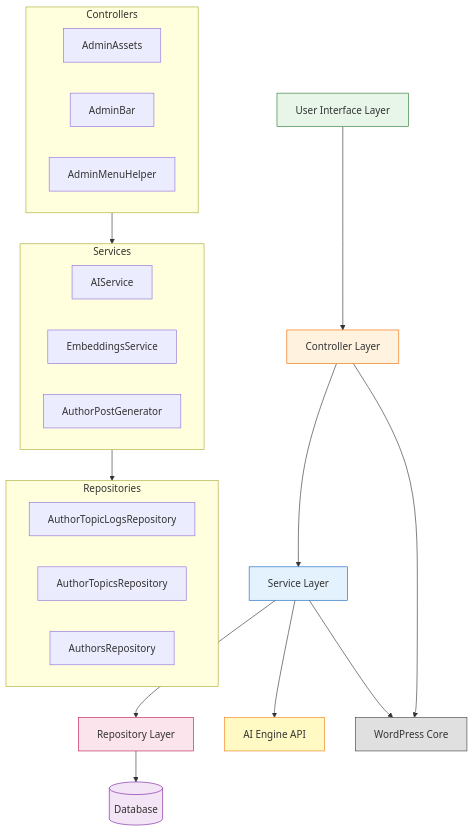
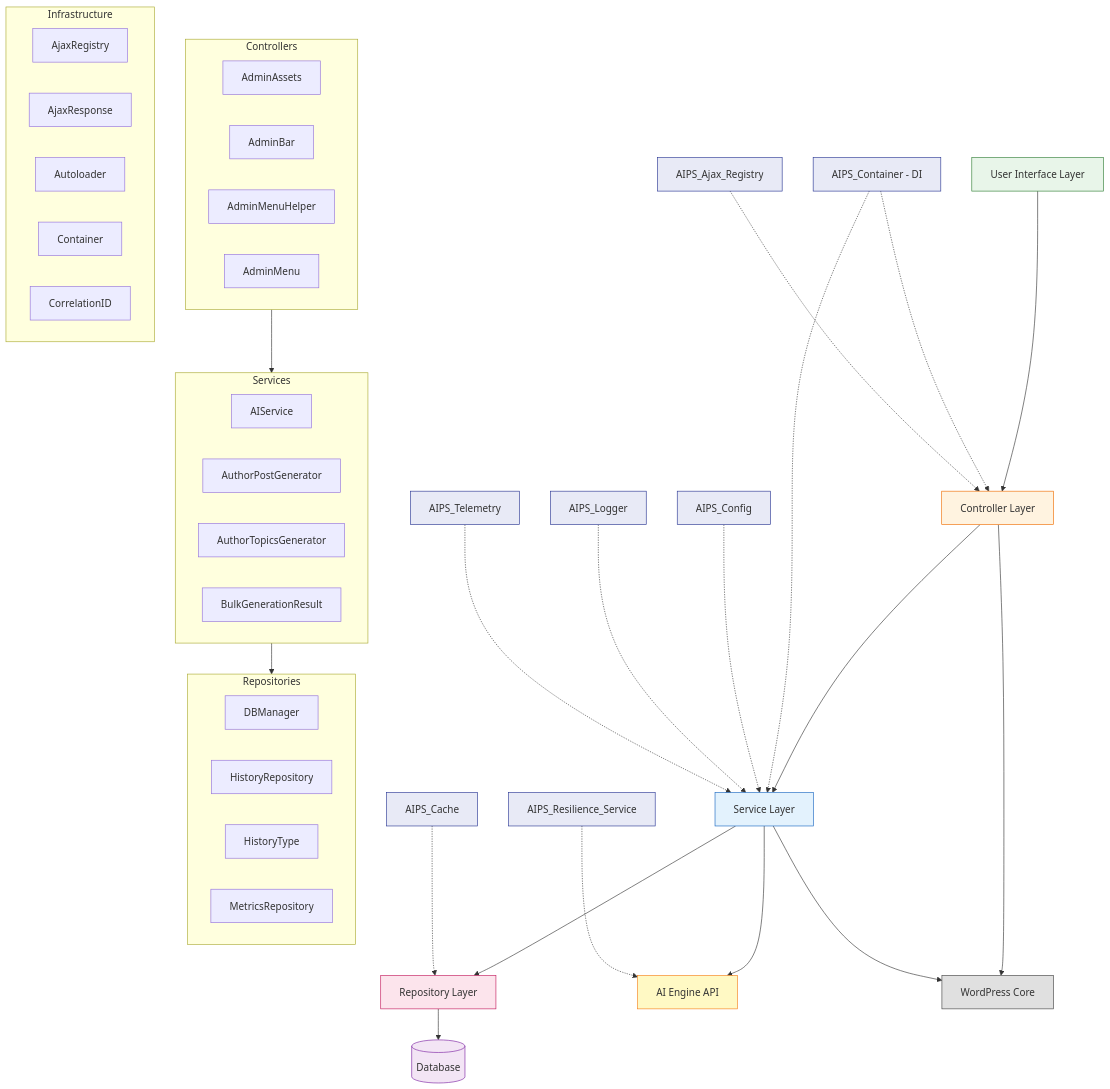
One commit to rpnunez/wp-ai-scheduler changed the first of 19 diagrams in docs/feature-report.md. Above: the diagram before and after it, drawn with Mermaid. The commit also changed other lines of this file and 2 other files, not shown here.

First line of the commit message:
Restrict config_usage check to plugin-owned option keys and exclude method calls

````diff
--- a/docs/feature-report.md
+++ b/docs/feature-report.md
@@ -45,6 +58,14 @@
     AI[AI Engine API]
     WP[WordPress Core]
 
+    CONT[AIPS_Container - DI]
+    CFG[AIPS_Config]
+    CACHE[AIPS_Cache]
+    REG[AIPS_Ajax_Registry]
+    LOG[AIPS_Logger]
+    TEL[AIPS_Telemetry]
+    RES[AIPS_Resilience_Service]
+
     UI --> CTRL
     CTRL --> SVC
     SVC --> REPO
@@ -53,22 +74,42 @@
     CTRL --> WP
     SVC --> WP
 
+    CONT -.-> CTRL
+    CONT -.-> SVC
+    REG -.-> CTRL
+    CFG -.-> SVC
+    CACHE -.-> REPO
+    LOG -.-> SVC
+    TEL -.-> SVC
+    RES -.-> AI
+
     subgraph Controllers
         AdminAssets
         AdminBar
         AdminMenuHelper
+        AdminMenu
     end
 
     subgraph Services
         AIService
-        EmbeddingsService
         AuthorPostGenerator
+        AuthorTopicsGenerator
+        BulkGenerationResult
     end
 
     subgraph Repositories
-        AuthorTopicLogsRepository
-        AuthorTopicsRepository
-        AuthorsRepository
+        DBManager
+        HistoryRepository
+        HistoryType
+        MetricsRepository
+    end
+
+    subgraph Infrastructure
+        AjaxRegistry
+        AjaxResponse
+        Autoloader
+        Container
+        CorrelationID
     end
 
     Controllers --> Services
@@ -81,4 +122,11 @@
     style DB fill:#f3e5f5,stroke:#7b1fa2
     style AI fill:#fff9c4,stroke:#f57f17
     style WP fill:#e0e0e0,stroke:#424242
+    style CONT fill:#e8eaf6,stroke:#283593
+    style CFG fill:#e8eaf6,stroke:#283593
+    style CACHE fill:#e8eaf6,stroke:#283593
+    style REG fill:#e8eaf6,stroke:#283593
+    style LOG fill:#e8eaf6,stroke:#283593
+    style TEL fill:#e8eaf6,stroke:#283593
+    style RES fill:#e8eaf6,stroke:#283593
 ```
````
